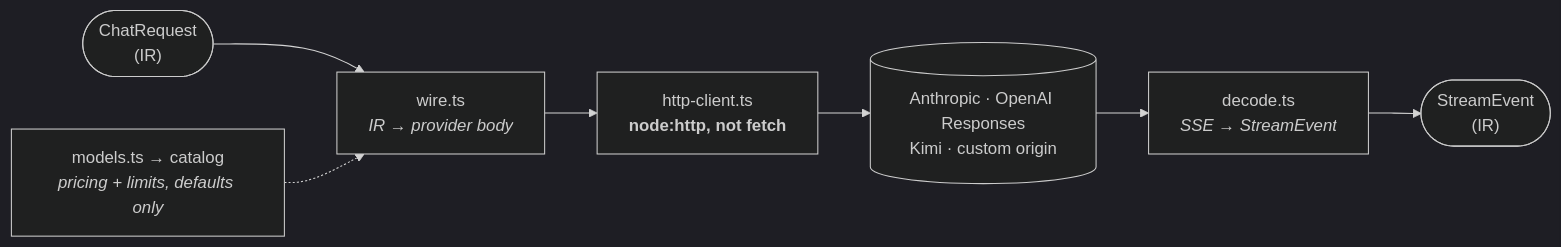
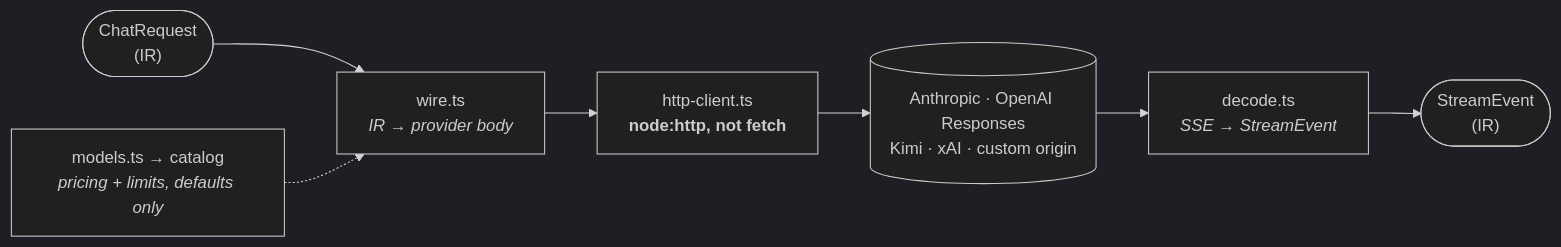
One commit to harismawan/omnigateway changed the fourth of 7 diagrams in ARCHITECTURE.md. Above: the diagram before and after it, drawn with Mermaid (dark theme). The commit also changed other lines of this file and 7 other files, not shown here.

````diff
--- a/ARCHITECTURE.md
+++ b/ARCHITECTURE.md
@@ -144,9 +144,9 @@
 ```mermaid
 flowchart LR
   ir(["ChatRequest<br/>(IR)"]) --> wire["wire.ts<br/><i>IR → provider body</i>"]
   wire --> http["http-client.ts<br/><b>node:http, not fetch</b>"]
-  http --> up[("Anthropic · OpenAI Responses<br/>Kimi · custom origin")]
+  http --> up[("Anthropic · OpenAI Responses<br/>Kimi · xAI · custom origin")]
   up --> dec["decode.ts<br/><i>SSE → StreamEvent</i>"]
   dec --> ev(["StreamEvent<br/>(IR)"])
   cat["models.ts → catalog<br/><i>pricing + limits, defaults only</i>"] -.-> wire
 ```
````
